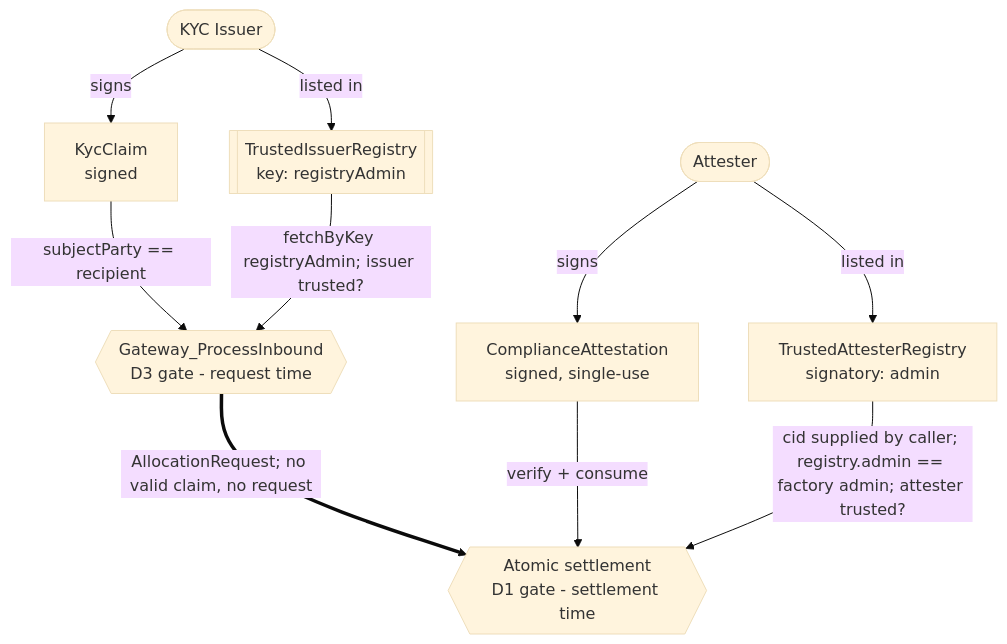
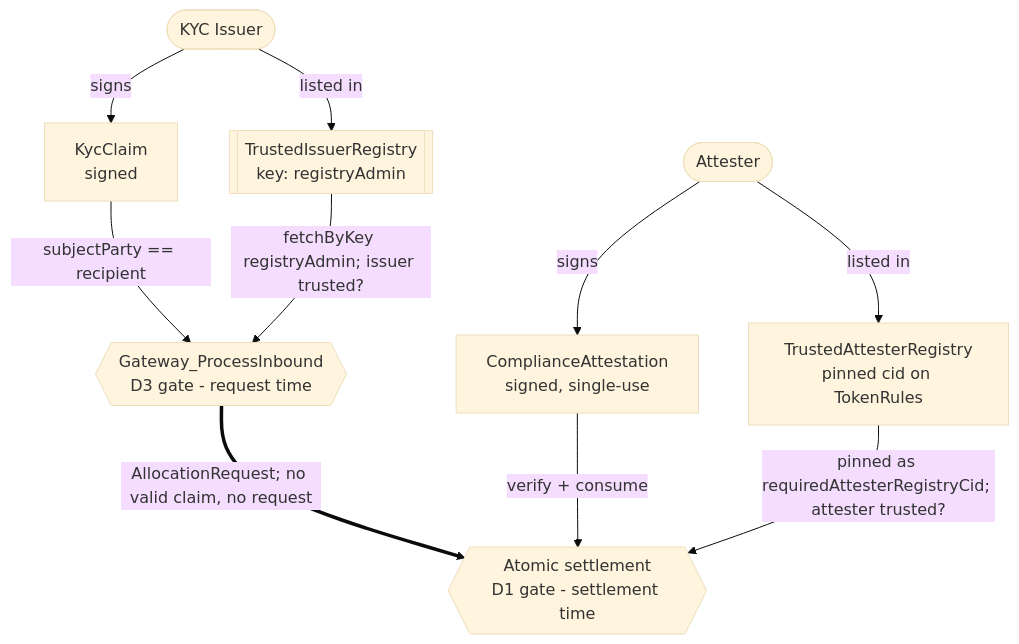
One commit to OpenZeppelin/canton-specs changed the first of 5 diagrams in docs/reference-architectures/cross-chain-stablecoin.md. Above: the diagram before and after it, drawn with Mermaid (base theme). The commit also changed other lines of this file, not shown here.

Commit message:
HIGH-2: correct the attester-registry trust anchoring and state that D1 is off when the registry cid is unset

````diff
--- a/docs/reference-architectures/cross-chain-stablecoin.md
+++ b/docs/reference-architectures/cross-chain-stablecoin.md
@@ -198,22 +198,22 @@
 ```mermaid
 flowchart TD
     Attester([Attester])
     Issuer([KYC Issuer])
-    AttReg["TrustedAttesterRegistry<br/>signatory: admin"]
+    AttReg["TrustedAttesterRegistry<br/>pinned cid on TokenRules"]
     IssReg[["TrustedIssuerRegistry<br/>key: registryAdmin"]]
     Attn["ComplianceAttestation<br/>signed, single-use"]
     Kyc["KycClaim<br/>signed"]
     GW{{"Gateway_ProcessInbound<br/>D3 gate - request time"}}
     Settle{{"Atomic settlement<br/>D1 gate - settlement time"}}
 
     Issuer -->|"listed in"| IssReg
     Issuer -->|"signs"| Kyc
     Kyc -->|"subjectParty == recipient"| GW
     IssReg -->|"fetchByKey registryAdmin; issuer trusted?"| GW
     GW ==>|"AllocationRequest; no valid claim, no request"| Settle
 
     Attester -->|"listed in"| AttReg
     Attester -->|"signs"| Attn
     Attn -->|"verify + consume"| Settle
-    AttReg -->|"cid supplied by caller; registry.admin == factory admin; attester trusted?"| Settle
+    AttReg -->|"pinned as requiredAttesterRegistryCid; attester trusted?"| Settle
 ```
````
